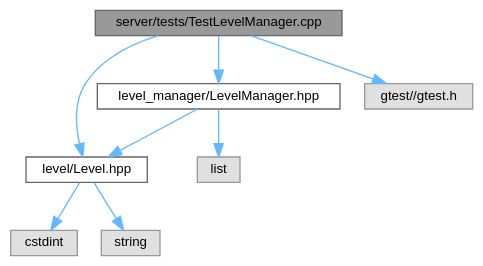
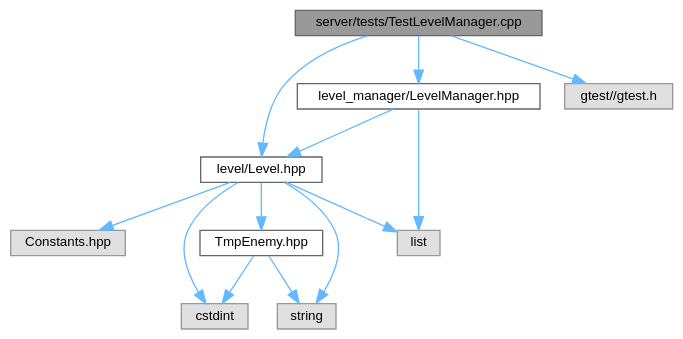
Before and after one commit to Houpsi/R-Type: the diagram in TestLevelManager_8cpp__incl.dot, drawn with Graphviz. The commit also changed 279 other files, not shown here.

```diff
--- a/TestLevelManager_8cpp__incl.dot
+++ b/TestLevelManager_8cpp__incl.dot
@@ -1,21 +1,28 @@
 digraph "server/tests/TestLevelManager.cpp"
 {
  // LATEX_PDF_SIZE
   bgcolor="transparent";
   edge [fontname=Helvetica,fontsize=10,labelfontname=Helvetica,labelfontsize=10];
   node [fontname=Helvetica,fontsize=10,shape=box,height=0.2,width=0.4];
   Node1 [id="Node000001",label="server/tests/TestLevelManager.cpp",height=0.2,width=0.4,color="gray40", fillcolor="grey60", style="filled", fontcolor="black",tooltip=" "];
   Node1 -> Node2 [id="edge1_Node000001_Node000002",color="steelblue1",style="solid",tooltip=" "];
   Node2 [id="Node000002",label="level/Level.hpp",height=0.2,width=0.4,color="grey40", fillcolor="white", style="filled",URL="$Level_8hpp.html",tooltip=" "];
   Node2 -> Node3 [id="edge2_Node000002_Node000003",color="steelblue1",style="solid",tooltip=" "];
-  Node3 [id="Node000003",label="cstdint",height=0.2,width=0.4,color="grey60", fillcolor="#E0E0E0", style="filled",tooltip=" "];
+  Node3 [id="Node000003",label="Constants.hpp",height=0.2,width=0.4,color="grey60", fillcolor="#E0E0E0", style="filled",tooltip=" "];
   Node2 -> Node4 [id="edge3_Node000002_Node000004",color="steelblue1",style="solid",tooltip=" "];
-  Node4 [id="Node000004",label="string",height=0.2,width=0.4,color="grey60", fillcolor="#E0E0E0", style="filled",tooltip=" "];
-  Node1 -> Node5 [id="edge4_Node000001_Node000005",color="steelblue1",style="solid",tooltip=" "];
-  Node5 [id="Node000005",label="level_manager/LevelManager.hpp",height=0.2,width=0.4,color="grey40", fillcolor="white", style="filled",URL="$LevelManager_8hpp.html",tooltip=" "];
-  Node5 -> Node2 [id="edge5_Node000005_Node000002",color="steelblue1",style="solid",tooltip=" "];
-  Node5 -> Node6 [id="edge6_Node000005_Node000006",color="steelblue1",style="solid",tooltip=" "];
-  Node6 [id="Node000006",label="list",height=0.2,width=0.4,color="grey60", fillcolor="#E0E0E0", style="filled",tooltip=" "];
-  Node1 -> Node7 [id="edge7_Node000001_Node000007",color="steelblue1",style="solid",tooltip=" "];
-  Node7 [id="Node000007",label="gtest//gtest.h",height=0.2,width=0.4,color="grey60", fillcolor="#E0E0E0", style="filled",tooltip=" "];
+  Node4 [id="Node000004",label="cstdint",height=0.2,width=0.4,color="grey60", fillcolor="#E0E0E0", style="filled",tooltip=" "];
+  Node2 -> Node5 [id="edge4_Node000002_Node000005",color="steelblue1",style="solid",tooltip=" "];
+  Node5 [id="Node000005",label="list",height=0.2,width=0.4,color="grey60", fillcolor="#E0E0E0", style="filled",tooltip=" "];
+  Node2 -> Node6 [id="edge5_Node000002_Node000006",color="steelblue1",style="solid",tooltip=" "];
+  Node6 [id="Node000006",label="string",height=0.2,width=0.4,color="grey60", fillcolor="#E0E0E0", style="filled",tooltip=" "];
+  Node2 -> Node7 [id="edge6_Node000002_Node000007",color="steelblue1",style="solid",tooltip=" "];
+  Node7 [id="Node000007",label="TmpEnemy.hpp",height=0.2,width=0.4,color="grey40", fillcolor="white", style="filled",URL="$TmpEnemy_8hpp.html",tooltip=" "];
+  Node7 -> Node4 [id="edge7_Node000007_Node000004",color="steelblue1",style="solid",tooltip=" "];
+  Node7 -> Node6 [id="edge8_Node000007_Node000006",color="steelblue1",style="solid",tooltip=" "];
+  Node1 -> Node8 [id="edge9_Node000001_Node000008",color="steelblue1",style="solid",tooltip=" "];
+  Node8 [id="Node000008",label="level_manager/LevelManager.hpp",height=0.2,width=0.4,color="grey40", fillcolor="white", style="filled",URL="$LevelManager_8hpp.html",tooltip=" "];
+  Node8 -> Node2 [id="edge10_Node000008_Node000002",color="steelblue1",style="solid",tooltip=" "];
+  Node8 -> Node5 [id="edge11_Node000008_Node000005",color="steelblue1",style="solid",tooltip=" "];
+  Node1 -> Node9 [id="edge12_Node000001_Node000009",color="steelblue1",style="solid",tooltip=" "];
+  Node9 [id="Node000009",label="gtest//gtest.h",height=0.2,width=0.4,color="grey60", fillcolor="#E0E0E0", style="filled",tooltip=" "];
 }
```
